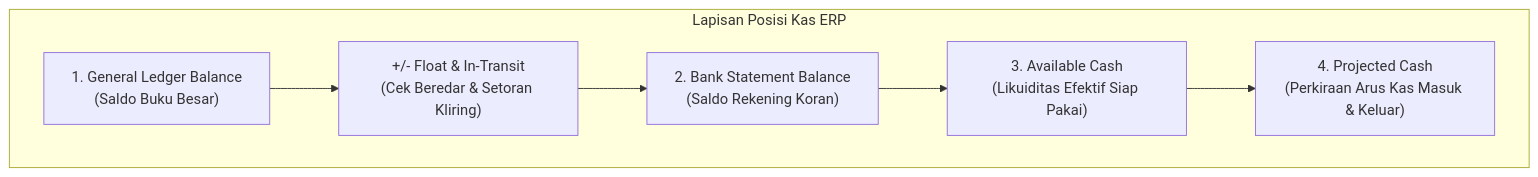
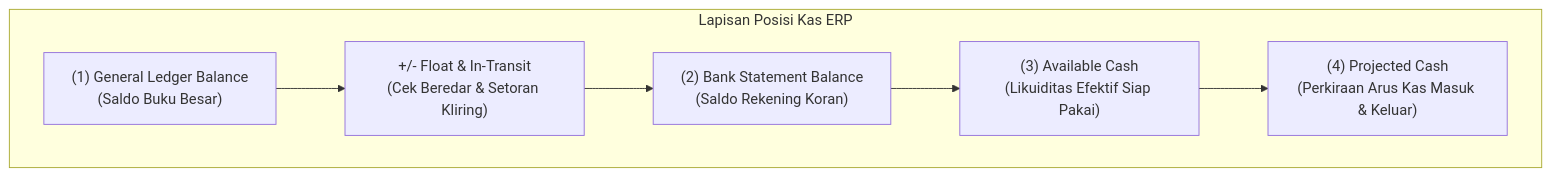
The first of 2 diagrams in content/07-finance/cash-management.md (alimurrofid/erp-notes), drawn with Mermaid before and after one commit. The commit also changed 132 other files, not shown here.

````diff
--- a/content/07-finance/cash-management.md
+++ b/content/07-finance/cash-management.md
@@ -17,11 +17,11 @@
 ```mermaid
 flowchart TD
     subgraph CashLayers["Lapisan Posisi Kas ERP"]
-        GL["1. General Ledger Balance<br/>(Saldo Buku Besar)"]
+        GL["(1) General Ledger Balance<br/>(Saldo Buku Besar)"]
         Float["+/- Float & In-Transit<br/>(Cek Beredar & Setoran Kliring)"]
-        Bank["2. Bank Statement Balance<br/>(Saldo Rekening Koran)"]
-        Avail["3. Available Cash<br/>(Likuiditas Efektif Siap Pakai)"]
-        Proj["4. Projected Cash<br/>(Perkiraan Arus Kas Masuk & Keluar)"]
+        Bank["(2) Bank Statement Balance<br/>(Saldo Rekening Koran)"]
+        Avail["(3) Available Cash<br/>(Likuiditas Efektif Siap Pakai)"]
+        Proj["(4) Projected Cash<br/>(Perkiraan Arus Kas Masuk & Keluar)"]
     end
     GL --> Float --> Bank --> Avail --> Proj
 ```
````
